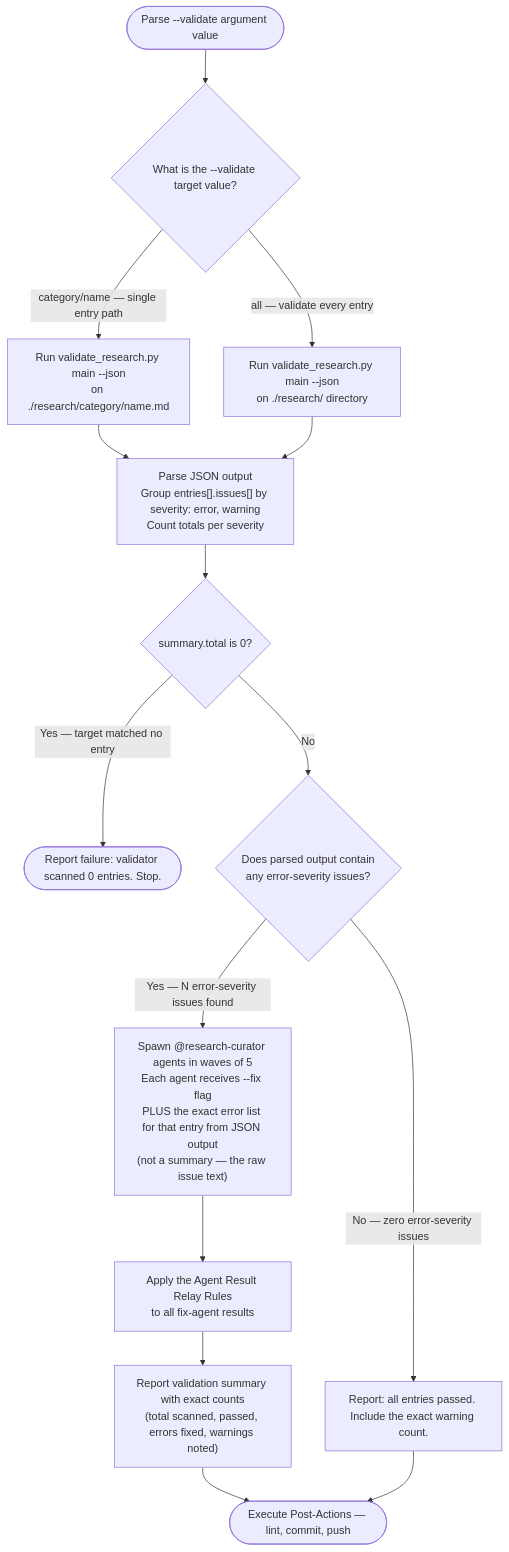
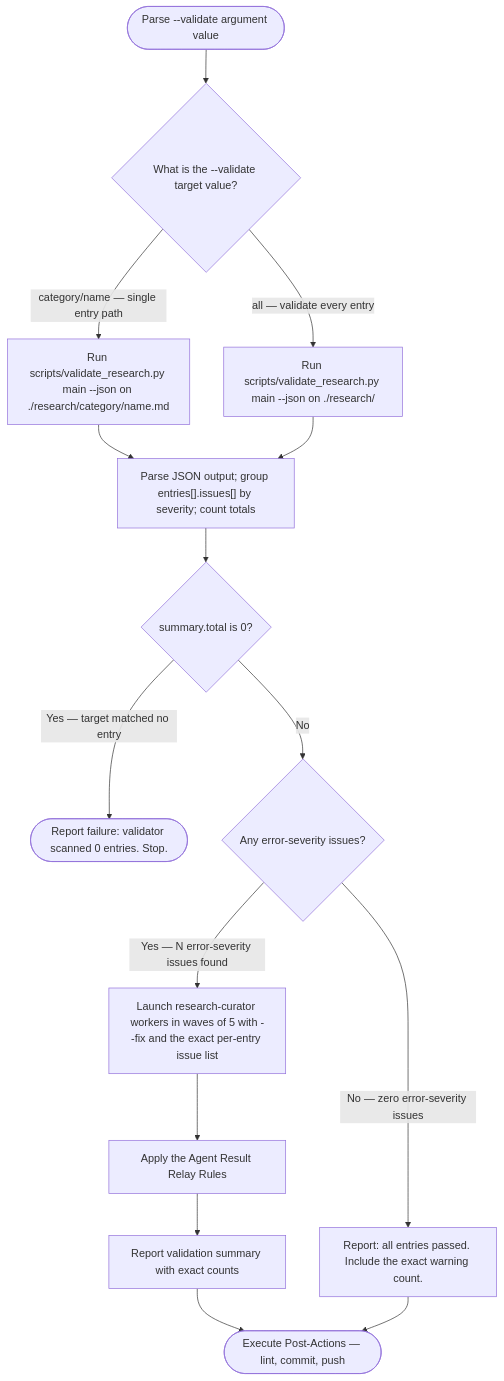
One commit to Jamie-BitFlight/claude_skills changed the third of 4 diagrams in .claude/skills/research-curator/SKILL.md. Above: the diagram before and after it, drawn with Mermaid. The commit also changed other lines of this file and 11 other files, not shown here.

````diff
--- a/.claude/skills/research-curator/SKILL.md
+++ b/.claude/skills/research-curator/SKILL.md
@@ -205,17 +202,17 @@
 ```mermaid
 flowchart TD
     Start(["Parse --validate argument value"]) --> Q{"What is the --validate target value?"}
-    Q -->|"category/name — single entry path"| RunScript["Run validate_research.py main --json<br>on ./research/category/name.md"]
-    Q -->|"all — validate every entry"| RunScriptAll["Run validate_research.py main --json<br>on ./research/ directory"]
-    RunScript --> ParseJSON["Parse JSON output<br>Group entries[].issues[] by severity: error, warning<br>Count totals per severity"]
+    Q -->|"category/name — single entry path"| RunScript["Run scripts/validate_research.py main --json on ./research/category/name.md"]
+    Q -->|"all — validate every entry"| RunScriptAll["Run scripts/validate_research.py main --json on ./research/"]
+    RunScript --> ParseJSON["Parse JSON output; group entries[].issues[] by severity; count totals"]
     RunScriptAll --> ParseJSON
     ParseJSON --> Zero{"summary.total is 0?"}
     Zero -->|"Yes — target matched no entry"| ZeroFail(["Report failure: validator scanned 0 entries. Stop."])
-    Zero -->|"No"| HasErrors{"Does parsed output contain<br>any error-severity issues?"}
-    HasErrors -->|"Yes — N error-severity issues found"| SpawnFix["Spawn @research-curator agents in waves of 5<br>Each agent receives --fix flag<br>PLUS the exact error list for that entry from JSON output<br>(not a summary — the raw issue text)"]
+    Zero -->|"No"| HasErrors{"Any error-severity issues?"}
+    HasErrors -->|"Yes — N error-severity issues found"| SpawnFix["Launch research-curator workers in waves of 5 with --fix and the exact per-entry issue list"]
     HasErrors -->|"No — zero error-severity issues"| ReportClean["Report: all entries passed. Include the exact warning count."]
-    SpawnFix --> RelayCheck["Apply the Agent Result Relay Rules<br>to all fix-agent results"]
-    RelayCheck --> ReportSummary["Report validation summary with exact counts<br>(total scanned, passed, errors fixed, warnings noted)"]
+    SpawnFix --> RelayCheck["Apply the Agent Result Relay Rules"]
+    RelayCheck --> ReportSummary["Report validation summary with exact counts"]
     ReportSummary --> PostActions(["Execute Post-Actions — lint, commit, push"])
     ReportClean --> PostActions
 ```
````
